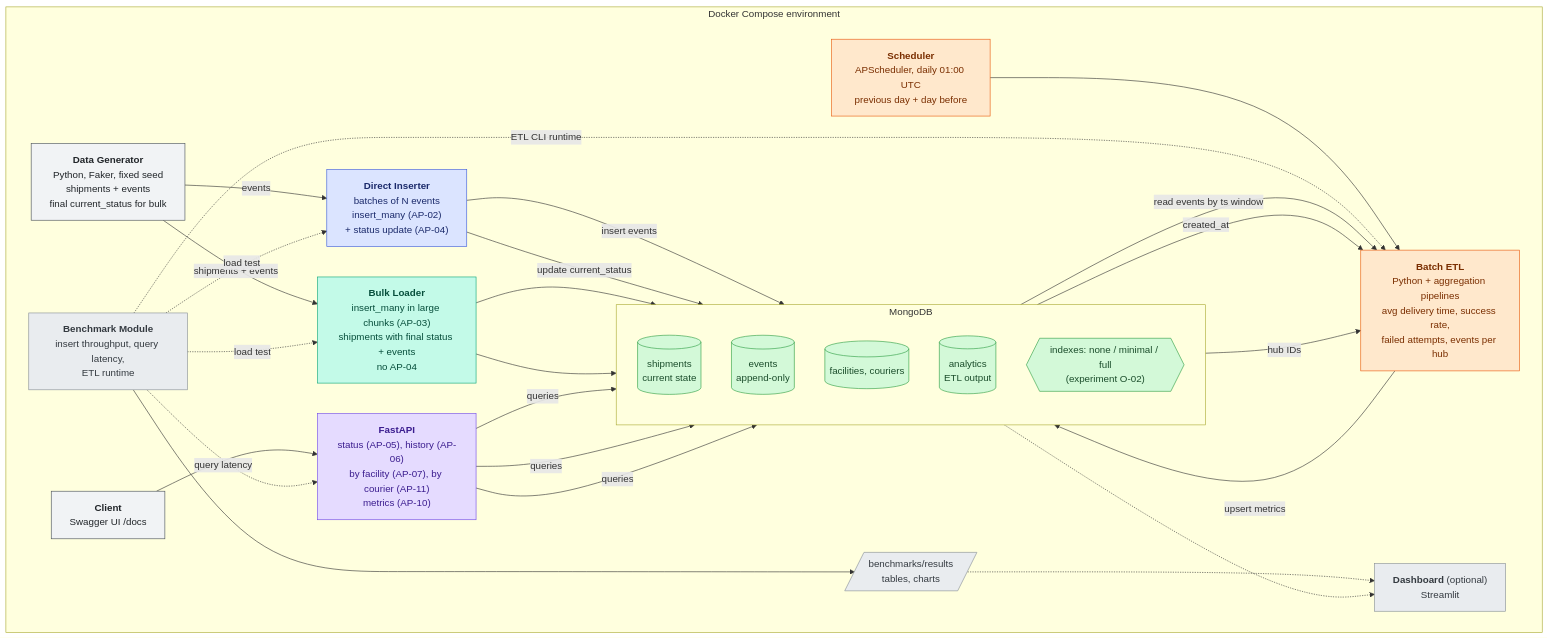
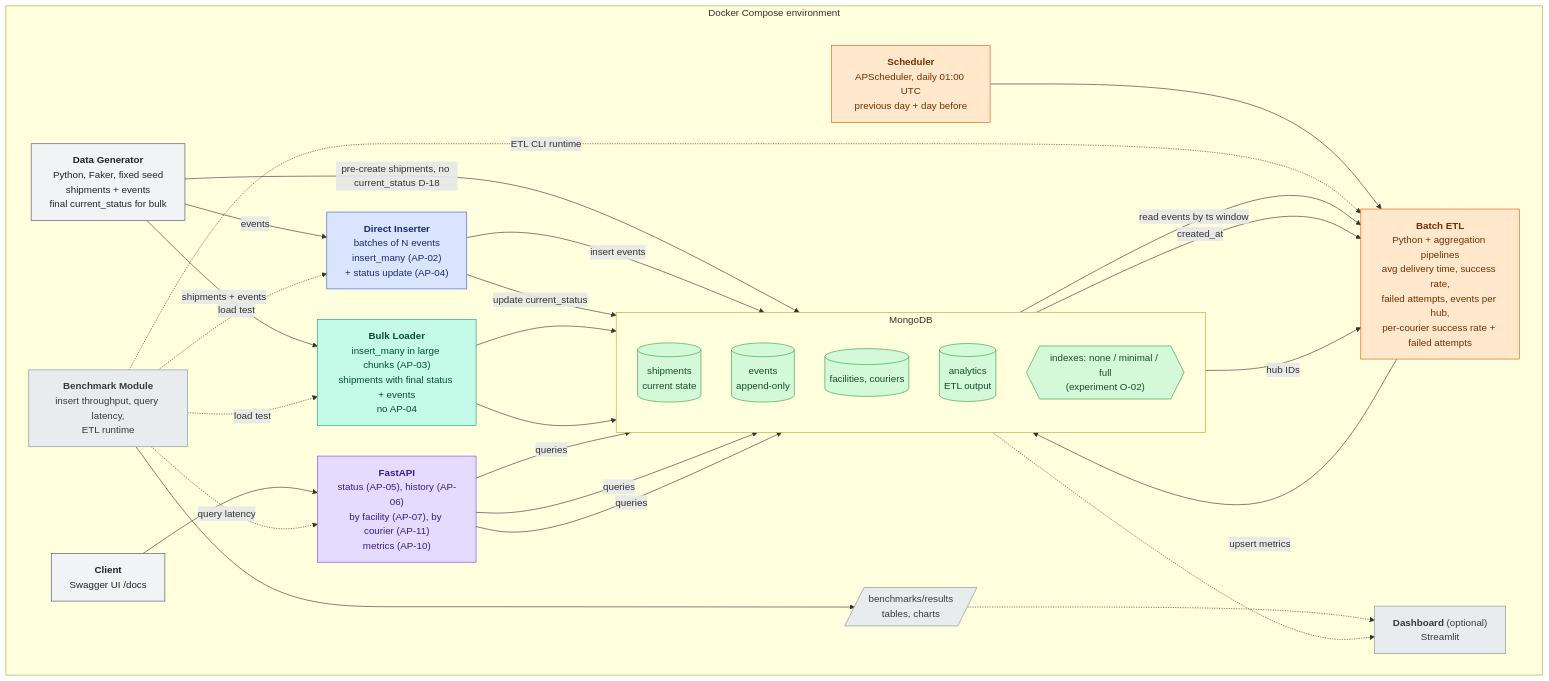
The diagram in docs/architecure_design.md (petrshulgat/shipment-tracking-thesis), drawn with Mermaid before and after one commit. The commit also changed 5 other files, not shown here.

````diff
--- a/docs/architecure_design.md
+++ b/docs/architecure_design.md
@@ -3,79 +3,80 @@
 ```mermaid
 flowchart LR
   subgraph DC["Docker Compose environment"]
     direction LR
  
     GEN["<b>Data Generator</b><br/>Python, Faker, fixed seed<br/>shipments + events<br/>final current_status for bulk"]
  
     DIRECT["<b>Direct Inserter</b><br/>batches of N events<br/>insert_many (AP-02)<br/>+ status update (AP-04)"]
  
     BULK["<b>Bulk Loader</b><br/>insert_many in large chunks (AP-03)<br/>shipments with final status + events<br/>no AP-04"]
  
     subgraph MONGO["MongoDB"]
       direction TB
       SH[("shipments<br/>current state")]
       EV[("events<br/>append-only")]
       REF[("facilities, couriers")]
       AN[("analytics<br/>ETL output")]
       IDX{{"indexes: none / minimal / full<br/>(experiment O-02)"}}
     end
  
     CLIENT["<b>Client</b><br/>Swagger UI /docs"]
     API["<b>FastAPI</b><br/>status (AP-05), history (AP-06)<br/>by facility (AP-07), by courier (AP-11)<br/>metrics (AP-10)"]
  
     SCHED["<b>Scheduler</b><br/>APScheduler, daily 01:00 UTC<br/>previous day + day before"]
-    ETL["<b>Batch ETL</b><br/>Python + aggregation pipelines<br/>avg delivery time, success rate,<br/>failed attempts, events per hub"]
+    ETL["<b>Batch ETL</b><br/>Python + aggregation pipelines<br/>avg delivery time, success rate,<br/>failed attempts, events per hub,<br/>per-courier success rate + failed attempts"]
  
     BENCH["<b>Benchmark Module</b><br/>insert throughput, query latency,<br/>ETL runtime"]
     RES[/"benchmarks/results<br/>tables, charts"/]
     DASH["<b>Dashboard</b> (optional)<br/>Streamlit"]
   end
  
   %% Direct insert path
+  GEN -->|pre-create shipments, no current_status D-18| SH
   GEN -->|events| DIRECT
   DIRECT -->|insert events| EV
   DIRECT -->|update current_status| SH
  
   %% Bulk path
   GEN -->|shipments + events| BULK
   BULK --> SH
   BULK --> EV
  
   %% Read / API path
   CLIENT --> API
   API -->|queries| SH
   API -->|queries| EV
   API -->|queries| AN
  
   %% Batch ETL path
   SCHED --> ETL
   EV -->|read events by ts window| ETL
   SH -->|created_at| ETL
   REF -->|hub IDs| ETL
   ETL -->|upsert metrics| AN
  
   %% Monitoring / benchmarking
   BENCH -.->|load test| BULK
   BENCH -.->|load test| DIRECT
   BENCH -.->|query latency| API
   BENCH -.->|ETL CLI runtime| ETL
   BENCH --> RES
   RES -.-> DASH
   AN -.-> DASH
  
   classDef gen fill:#f1f3f5,stroke:#495057,color:#212529;
   classDef direct fill:#dbe4ff,stroke:#3b5bdb,color:#1b2a6b;
   classDef bulk fill:#c3fae8,stroke:#0ca678,color:#064e3b;
   classDef api fill:#e5dbff,stroke:#7048e8,color:#3b1d8f;
   classDef etl fill:#ffe8cc,stroke:#e8590c,color:#7a2e00;
   classDef mon fill:#e9ecef,stroke:#868e96,color:#343a40;
   classDef db fill:#d3f9d8,stroke:#2f9e44,color:#1b4d2b;
  
   class GEN,CLIENT gen;
   class DIRECT direct;
   class BULK bulk;
   class API api;
   class SCHED,ETL etl;
   class BENCH,RES,DASH mon;
   class SH,EV,REF,AN,IDX db;
 ```
````
